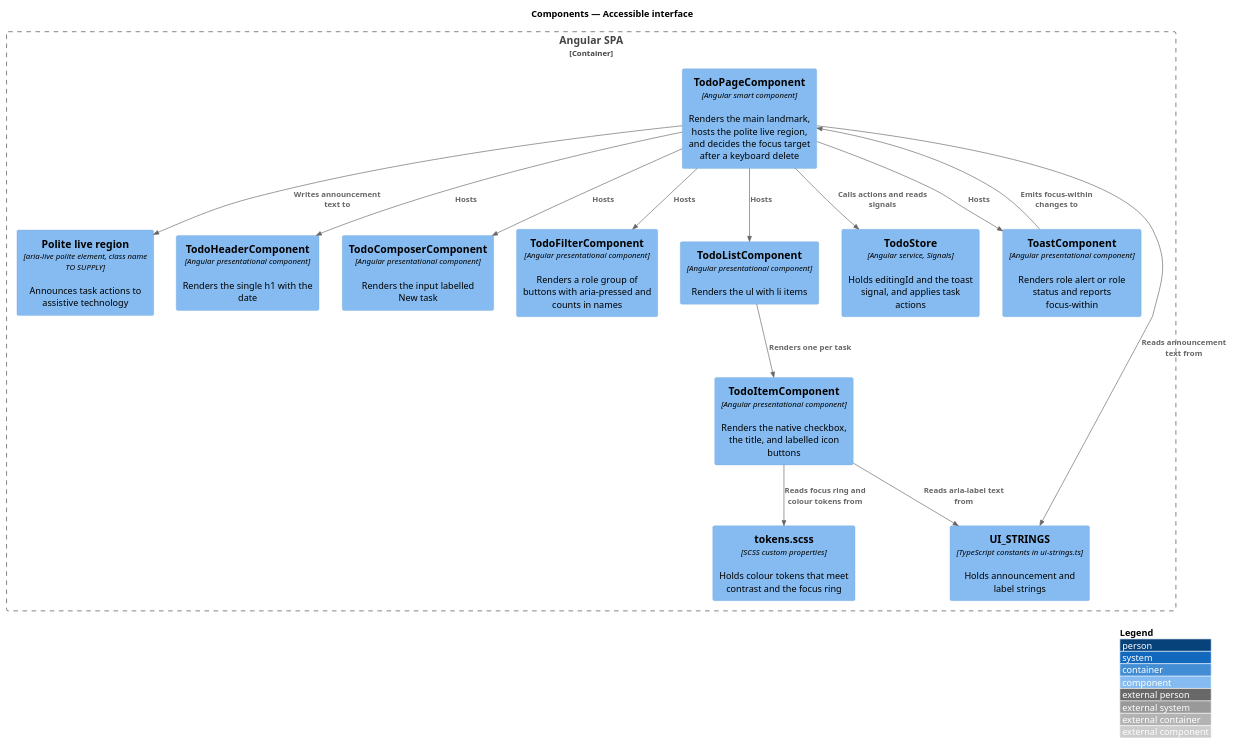
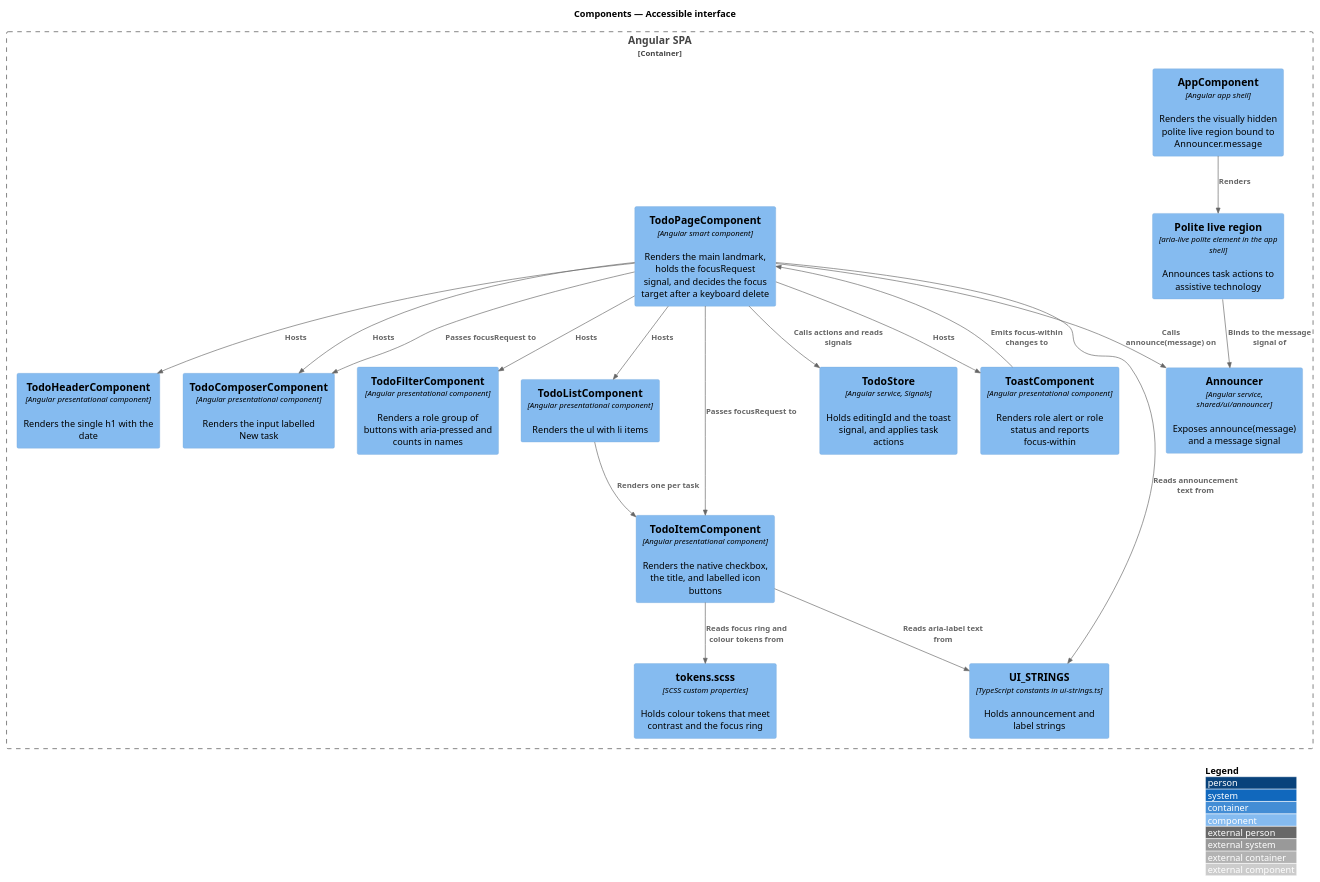
One commit to QuinntyneBrown/php-todo-lab changed the diagram in docs/detailed-designs/interface/accessible-interface/diagrams/c4-component.puml. Above: the diagram before and after it, drawn with PlantUML. The commit also changed 189 other files, not shown here.

```diff
--- a/docs/detailed-designs/interface/accessible-interface/diagrams/c4-component.puml
+++ b/docs/detailed-designs/interface/accessible-interface/diagrams/c4-component.puml
@@ -1,32 +1,38 @@
 @startuml
 !include <C4/C4_Component>
 LAYOUT_WITH_LEGEND()
 title Components — Accessible interface
 
 Container_Boundary(spa, "Angular SPA") {
-  Component(page, "TodoPageComponent", "Angular smart component", "Renders the main landmark, hosts the polite live region, and decides the focus target after a keyboard delete")
-  Component(live, "Polite live region", "aria-live polite element, class name TO SUPPLY", "Announces task actions to assistive technology")
+  Component(shell, "AppComponent", "Angular app shell", "Renders the visually hidden polite live region bound to Announcer.message")
+  Component(page, "TodoPageComponent", "Angular smart component", "Renders the main landmark, holds the focusRequest signal, and decides the focus target after a keyboard delete")
+  Component(announcer, "Announcer", "Angular service, shared/ui/announcer", "Exposes announce(message) and a message signal")
+  Component(live, "Polite live region", "aria-live polite element in the app shell", "Announces task actions to assistive technology")
   Component(header, "TodoHeaderComponent", "Angular presentational component", "Renders the single h1 with the date")
   Component(composer, "TodoComposerComponent", "Angular presentational component", "Renders the input labelled New task")
   Component(filter, "TodoFilterComponent", "Angular presentational component", "Renders a role group of buttons with aria-pressed and counts in names")
   Component(list, "TodoListComponent", "Angular presentational component", "Renders the ul with li items")
   Component(item, "TodoItemComponent", "Angular presentational component", "Renders the native checkbox, the title, and labelled icon buttons")
   Component(toast, "ToastComponent", "Angular presentational component", "Renders role alert or role status and reports focus-within")
   Component(store, "TodoStore", "Angular service, Signals", "Holds editingId and the toast signal, and applies task actions")
   Component(strings, "UI_STRINGS", "TypeScript constants in ui-strings.ts", "Holds announcement and label strings")
   Component(tokens, "tokens.scss", "SCSS custom properties", "Holds colour tokens that meet contrast and the focus ring")
 }
 
 Rel(page, header, "Hosts")
 Rel(page, composer, "Hosts")
 Rel(page, filter, "Hosts")
 Rel(page, list, "Hosts")
 Rel(page, toast, "Hosts")
-Rel(page, live, "Writes announcement text to")
+Rel(page, announcer, "Calls announce(message) on")
+Rel(shell, live, "Renders")
+Rel(live, announcer, "Binds to the message signal of")
 Rel(list, item, "Renders one per task")
 Rel(page, store, "Calls actions and reads signals")
 Rel(page, strings, "Reads announcement text from")
 Rel(item, strings, "Reads aria-label text from")
 Rel(item, tokens, "Reads focus ring and colour tokens from")
 Rel(toast, page, "Emits focus-within changes to")
+Rel(page, item, "Passes focusRequest to")
+Rel(page, composer, "Passes focusRequest to")
 @enduml
```
